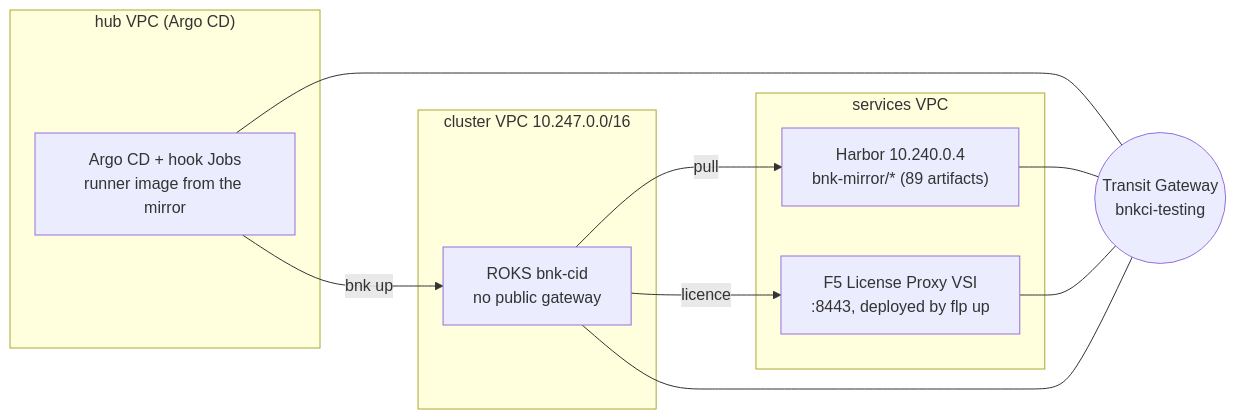
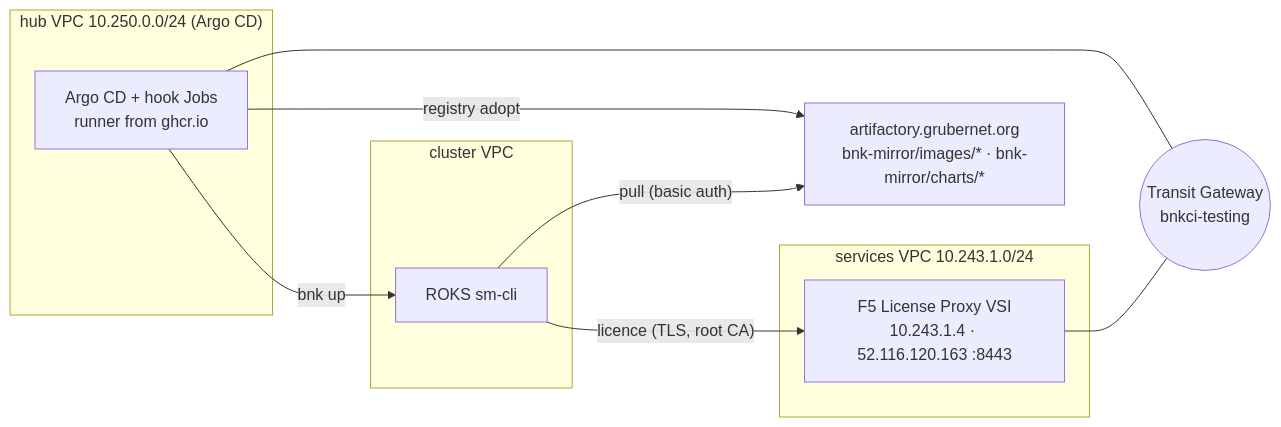
The diagram in book/src/appendix-b-private-registry-flp.md (jgruberf5/roksbnk-argo-cd), drawn with Mermaid before and after one commit. The commit also changed other lines of this file and 7 other files, not shown here.

First line of the commit message:
Appendix B: private registry (Artifactory) + external F5 License Proxy, validated on sm-cli with screenshots and logs

````diff
--- a/book/src/appendix-b-private-registry-flp.md
+++ b/book/src/appendix-b-private-registry-flp.md
@@ -10,21 +13,20 @@
 ```mermaid
 flowchart LR
-  subgraph hub["hub VPC (Argo CD)"]
-    argocd["Argo CD + hook Jobs<br/>runner image from the mirror"]
+  subgraph hub["hub VPC 10.250.0.0/24 (Argo CD)"]
+    argocd["Argo CD + hook Jobs<br/>runner from ghcr.io"]
   end
-  subgraph svc["services VPC"]
-    harbor["Harbor 10.240.0.4<br/>bnk-mirror/* (89 artifacts)"]
-    flp["F5 License Proxy VSI<br/>:8443, deployed by flp up"]
+  subgraph svc["services VPC 10.243.1.0/24"]
+    flp["F5 License Proxy VSI<br/>10.243.1.4 · 52.116.120.163 :8443"]
   end
-  subgraph cl["cluster VPC 10.247.0.0/16"]
-    roks["ROKS bnk-cid<br/>no public gateway"]
+  art["artifactory.grubernet.org<br/>bnk-mirror/images/* · bnk-mirror/charts/*"]
+  subgraph cl["cluster VPC"]
+    roks["ROKS sm-cli"]
   end
   tgw(("Transit Gateway<br/>bnkci-testing"))
   argocd --- tgw
-  harbor --- tgw
   flp --- tgw
-  roks --- tgw
   argocd -->|"bnk up"| roks
-  roks -->|"pull"| harbor
-  roks -->|"licence"| flp
+  argocd -->|"registry adopt"| art
+  roks -->|"pull (basic auth)"| art
+  roks -->|"licence (TLS, root CA)"| flp
 ```
````
